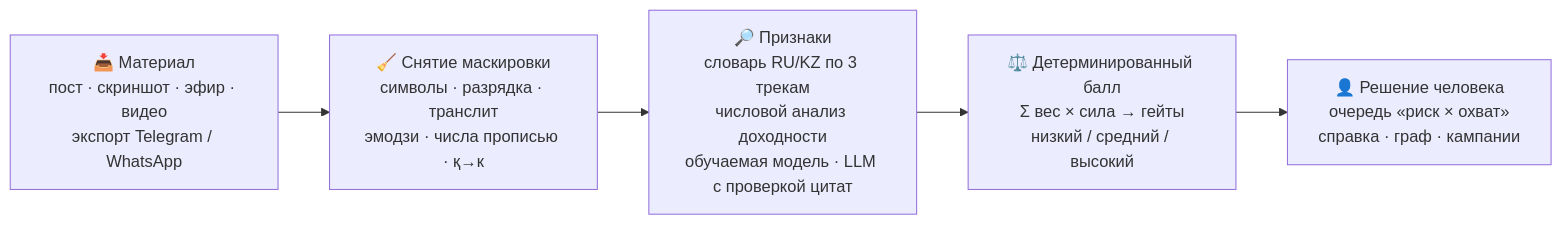
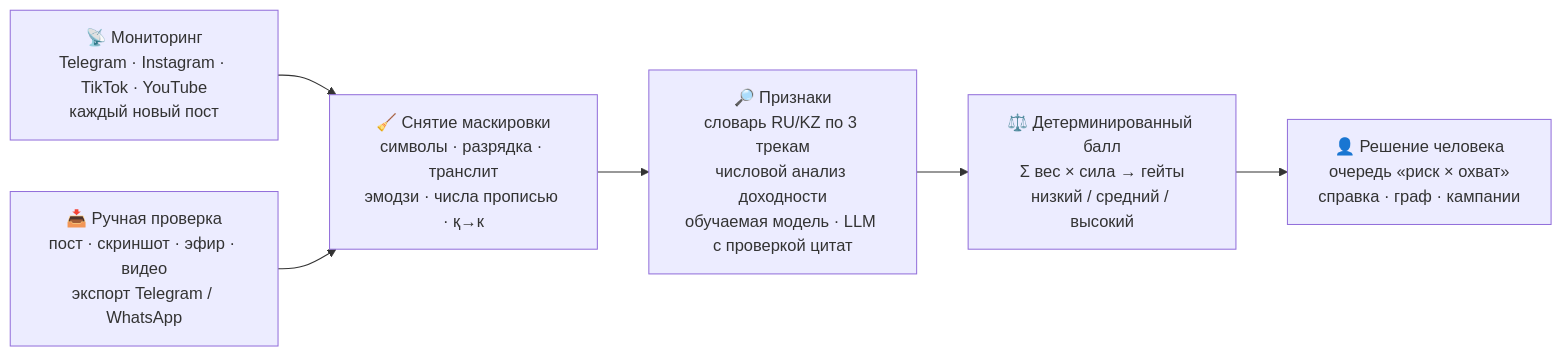
Before and after one commit to NuralyAb/safenet: the diagram in README.md, drawn with Mermaid. The commit also changed other lines of this file and 13 other files, not shown here.

````diff
--- a/README.md
+++ b/README.md
@@ -211,7 +238,8 @@
 ```mermaid
 flowchart LR
-    A["📥 Материал<br/>пост · скриншот · эфир · видео<br/>экспорт Telegram / WhatsApp"] --> B["🧹 Снятие маскировки<br/>символы · разрядка · транслит<br/>эмодзи · числа прописью · қ→к"]
+    M["📡 Мониторинг<br/>Telegram · Instagram · TikTok · YouTube<br/>каждый новый пост"] --> B
+    A["📥 Ручная проверка<br/>пост · скриншот · эфир · видео<br/>экспорт Telegram / WhatsApp"] --> B["🧹 Снятие маскировки<br/>символы · разрядка · транслит<br/>эмодзи · числа прописью · қ→к"]
     B --> C["🔎 Признаки<br/>словарь RU/KZ по 3 трекам<br/>числовой анализ доходности<br/>обучаемая модель · LLM с проверкой цитат"]
     C --> D["⚖️ Детерминированный балл<br/>Σ вес × сила → гейты<br/>низкий / средний / высокий"]
     D --> E["👤 Решение человека<br/>очередь «риск × охват»<br/>справка · граф · кампании"]
 ```
````
